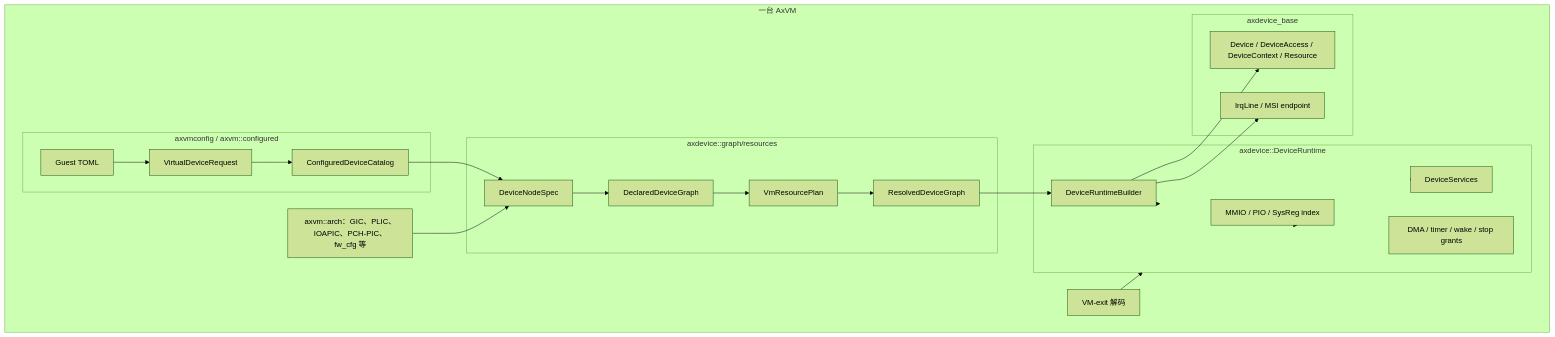
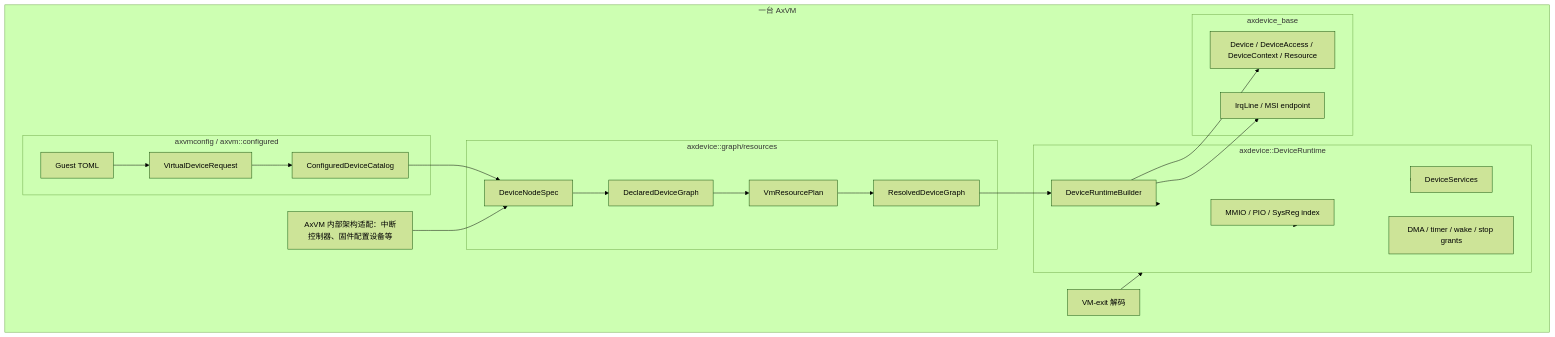
One commit to rcore-os/tgoskits changed the first of 5 diagrams in docs/docs/architecture/axvisor/emulated-devices.md. Above: the diagram before and after it, drawn with Mermaid (forest theme). The commit also changed 56 other files, not shown here.

Commit message:
refactor(axvm): hide architecture selection details

````diff
--- a/docs/docs/architecture/axvisor/emulated-devices.md
+++ b/docs/docs/architecture/axvisor/emulated-devices.md
@@ -38,38 +38,38 @@
 ```mermaid
 flowchart TB
     subgraph VM["一台 AxVM"]
         subgraph CONFIG["axvmconfig / axvm::configured"]
             Toml["Guest TOML"]
             Catalog["ConfiguredDeviceCatalog"]
             Request["VirtualDeviceRequest"]
         end
         subgraph GRAPH["axdevice::graph/resources"]
             Node["DeviceNodeSpec"]
             Declared["DeclaredDeviceGraph"]
             Plan["VmResourcePlan"]
             Resolved["ResolvedDeviceGraph"]
         end
         subgraph RUNTIME["axdevice::DeviceRuntime"]
             Builder["DeviceRuntimeBuilder"]
             Indices["MMIO / PIO / SysReg index"]
             Services["DeviceServices"]
             Grants["DMA / timer / wake / stop grants"]
         end
         subgraph BASE["axdevice_base"]
             Contract["Device / DeviceAccess / DeviceContext / Resource"]
             Interrupt["IrqLine / MSI endpoint"]
         end
-        Arch["axvm::arch：GIC、PLIC、IOAPIC、PCH-PIC、fw_cfg 等"]
+        Arch["AxVM 内部架构适配：中断控制器、固件配置设备等"]
         Exit["VM-exit 解码"]
     end
 
     Toml --> Request --> Catalog --> Node
     Arch --> Node
     Node --> Declared --> Plan --> Resolved --> Builder --> RUNTIME
     Builder --> Contract
     Builder --> Interrupt
     RUNTIME --> Indices
     RUNTIME --> Services
     RUNTIME --> Grants
     Exit --> RUNTIME
 ```
````
